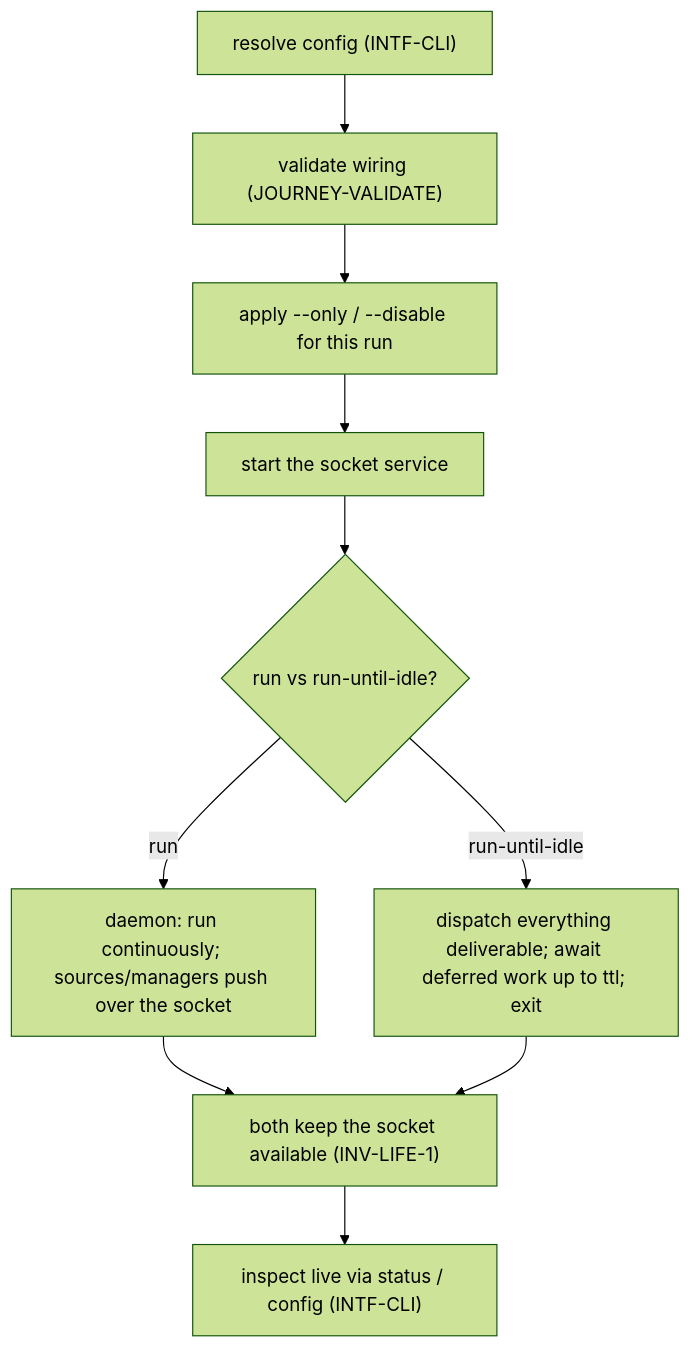
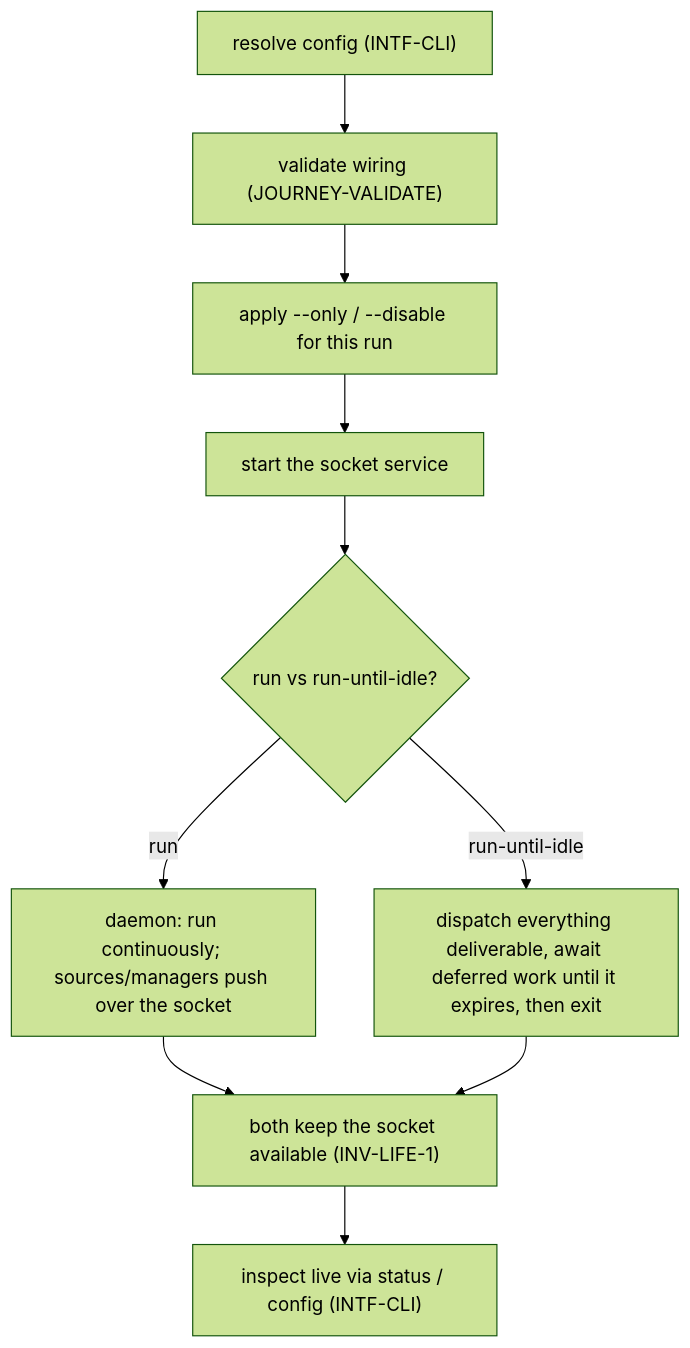
One commit to phillipgreenii/nix-agent-support changed the fifth of 13 diagrams in packages/pr-pool/docs/behavior/journeys.md. Above: the diagram before and after it, drawn with Mermaid (forest theme). The commit also changed other lines of this file and 11 other files, not shown here.

````diff
--- a/packages/pr-pool/docs/behavior/journeys.md
+++ b/packages/pr-pool/docs/behavior/journeys.md
@@ -263,12 +264,12 @@
 ```mermaid
 flowchart TD
     cfg["resolve config (INTF-CLI)"] --> val["validate wiring (JOURNEY-VALIDATE)"]
     val --> sel["apply --only / --disable for this run"]
     sel --> sock["start the socket service"]
     sock --> mode{"run vs run-until-idle?"}
     mode -->|run| daemon["daemon: run continuously; sources/managers push over the socket"]
-    mode -->|run-until-idle| rui["dispatch everything deliverable; await deferred work up to ttl; exit"]
+    mode -->|run-until-idle| rui["dispatch everything deliverable, await deferred work until it expires, then exit"]
     daemon --> life["both keep the socket available (INV-LIFE-1)"]
     rui --> life
     life --> inspect["inspect live via status / config (INTF-CLI)"]
 ```
````
